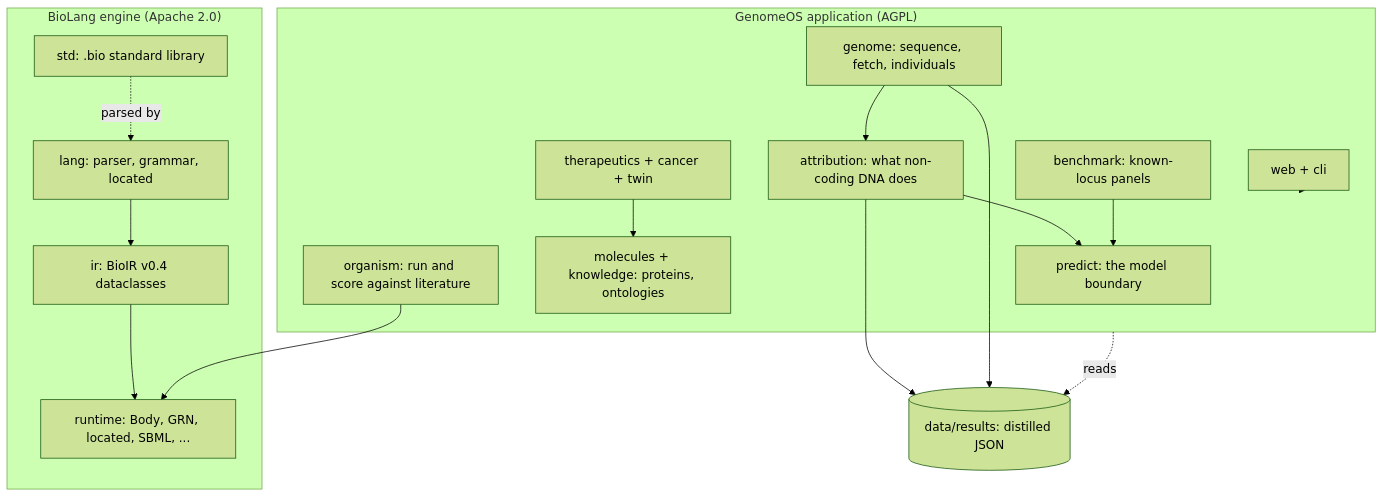
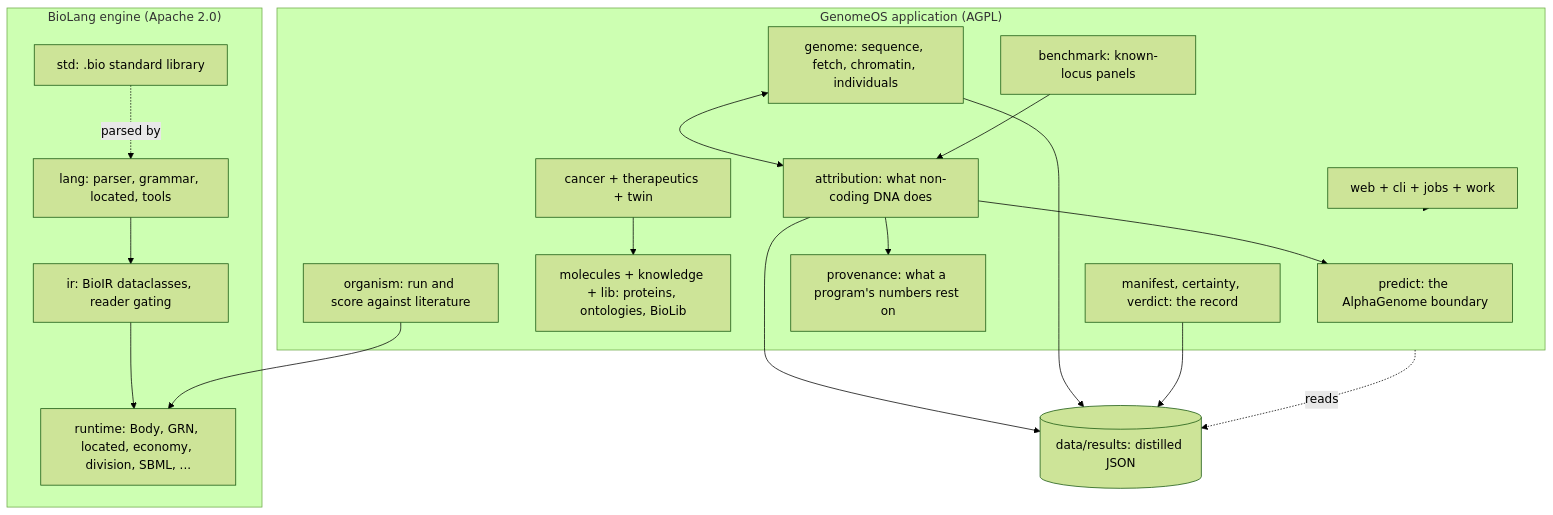
One commit to albert-canfield/GenomeOS changed the first of 2 diagrams in docs/CODEBASE_MAP.md. Above: the diagram before and after it, drawn with Mermaid (forest theme). The commit also changed other lines of this file, not shown here.

````diff
--- a/docs/CODEBASE_MAP.md
+++ b/docs/CODEBASE_MAP.md
@@ -110,31 +132,36 @@
 ```mermaid
 graph TB
     subgraph engine["BioLang engine (Apache 2.0)"]
-        lang[lang: parser, grammar, located]
-        ir[ir: BioIR v0.4 dataclasses]
-        rt[runtime: Body, GRN, located, SBML, ...]
+        lang[lang: parser, grammar, located, tools]
+        ir[ir: BioIR dataclasses, reader gating]
+        rt[runtime: Body, GRN, located, economy, division, SBML, ...]
         std[std: .bio standard library]
     end
     subgraph app["GenomeOS application (AGPL)"]
-        genome[genome: sequence, fetch, individuals]
+        genome[genome: sequence, fetch, chromatin, individuals]
         attr[attribution: what non-coding DNA does]
-        predict[predict: the model boundary]
-        mol[molecules + knowledge: proteins, ontologies]
+        predict[predict: the AlphaGenome boundary]
+        mol[molecules + knowledge + lib: proteins, ontologies, BioLib]
         org[organism: run and score against literature]
         bench[benchmark: known-locus panels]
-        ther[therapeutics + cancer + twin]
-        web[web + cli]
+        ther[cancer + therapeutics + twin]
+        prov[provenance: what a program's numbers rest on]
+        record[manifest, certainty, verdict: the record]
+        web[web + cli + jobs + work]
     end
     store[(data/results: distilled JSON)]
 
     lang --> ir --> rt
     std -.parsed by.-> lang
-    genome --> attr --> predict
+    genome <--> attr
+    attr --> predict
+    attr --> prov
     attr --> store
     genome --> store
     org --> rt
-    bench --> predict
+    bench --> attr
     ther --> mol
+    record --> store
     web --> app
     app -.reads.-> store
 ```
````
